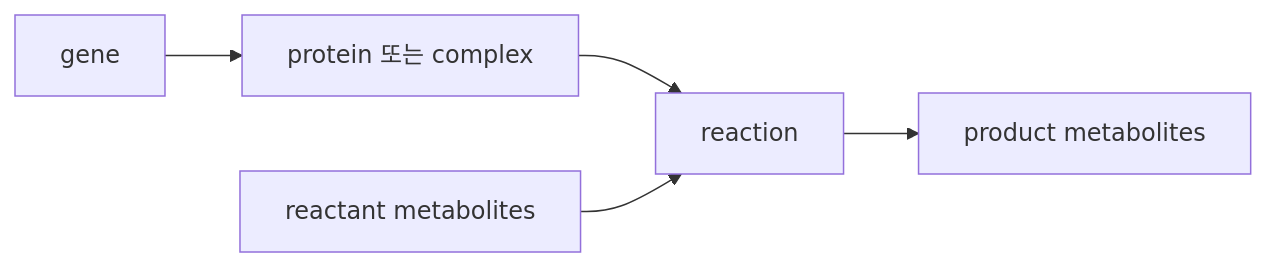
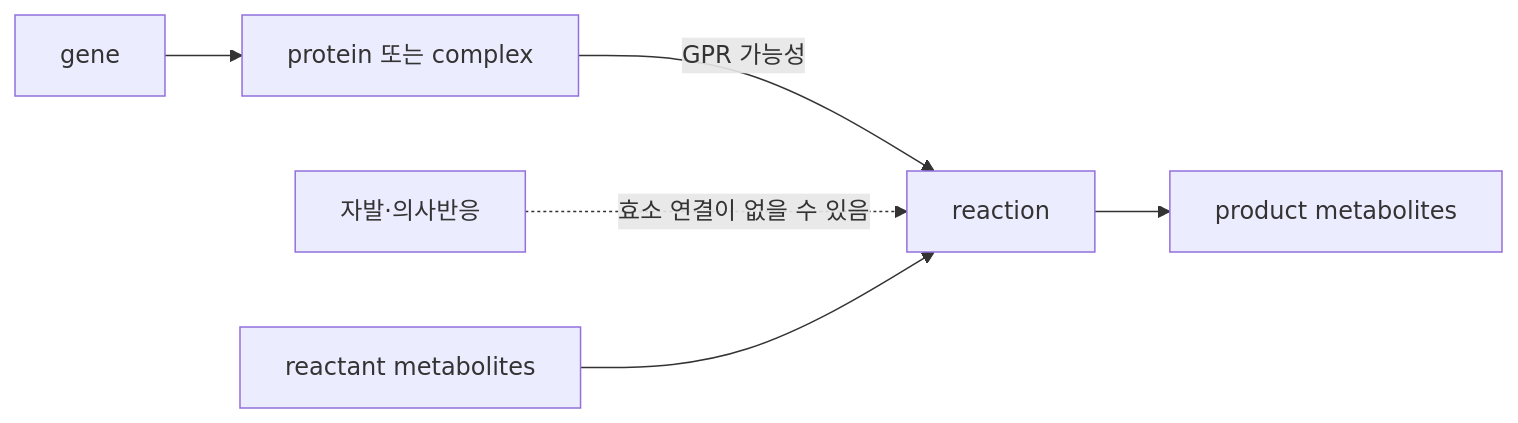
One commit to jyryu3161/ebook_metabolic_modeling changed the diagram in chapter-2/01.md. Above: the diagram before and after it, drawn with Mermaid. The commit also changed other lines of this file and 50 other files, not shown here.

````diff
--- a/chapter-2/01.md
+++ b/chapter-2/01.md
@@ -22,7 +22,8 @@
 ```mermaid
 flowchart LR
     G["gene"] --> P["protein 또는 complex"]
-    P --> R["reaction"]
+    P -->|"GPR 가능성"| R["reaction"]
+    X["자발·의사반응"] -. "효소 연결이 없을 수 있음" .-> R
     M1["reactant metabolites"] --> R
     R --> M2["product metabolites"]
 ```
````
